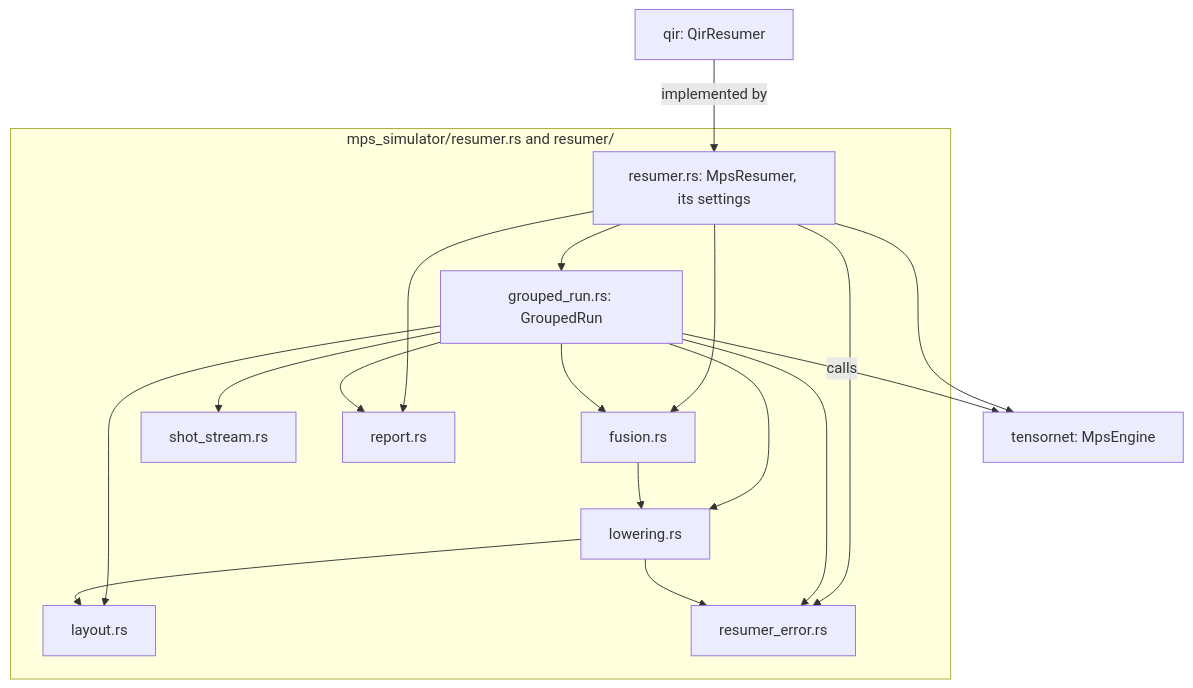
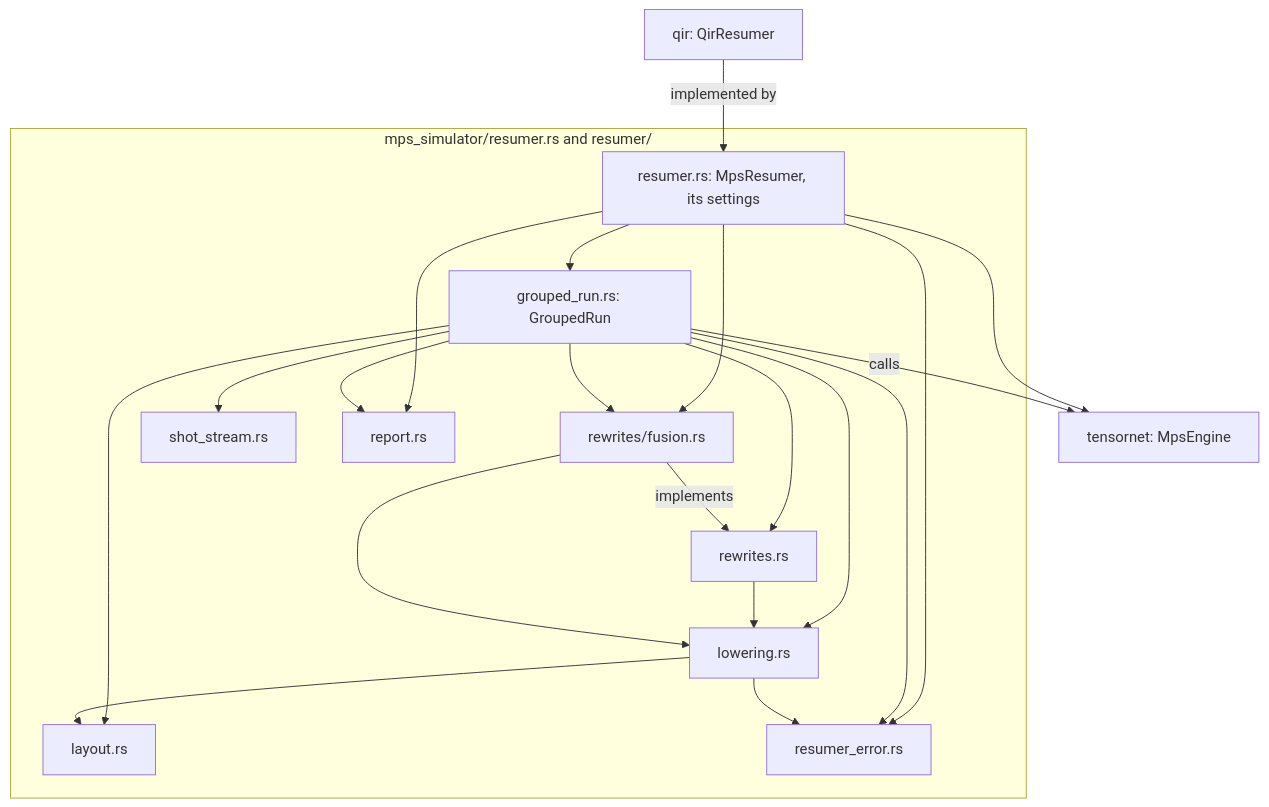
Before and after one commit to microsoft/qdk: the second of 2 diagrams in source/simulators/src/mps_simulator/README.md, drawn with Mermaid. The commit also changed other lines of this file and 9 other files, not shown here.

````diff
--- a/source/simulators/src/mps_simulator/README.md
+++ b/source/simulators/src/mps_simulator/README.md
@@ -91,22 +91,25 @@
 ```mermaid
 flowchart TD
   qir["qir: QirResumer"]
   subgraph resumer_dir["mps_simulator/resumer.rs and resumer/"]
     res["resumer.rs: MpsResumer, its settings"]
     run["grouped_run.rs: GroupedRun"]
     low["lowering.rs"]
-    fus["fusion.rs"]
+    rw["rewrites.rs"]
+    fus["rewrites/fusion.rs"]
     lay["layout.rs"]
     ss["shot_stream.rs"]
     rep["report.rs"]
     err["resumer_error.rs"]
   end
   tn["tensornet: MpsEngine"]
   qir -->|implemented by| res
   res --> run & fus & rep & err
   res --> tn
-  run --> low & fus & lay & ss & rep & err
+  run --> low & rw & fus & lay & ss & rep & err
+  rw --> low
+  fus -->|implements| rw
   fus --> low
   low --> lay & err
   run -->|calls| tn
 ```
````
